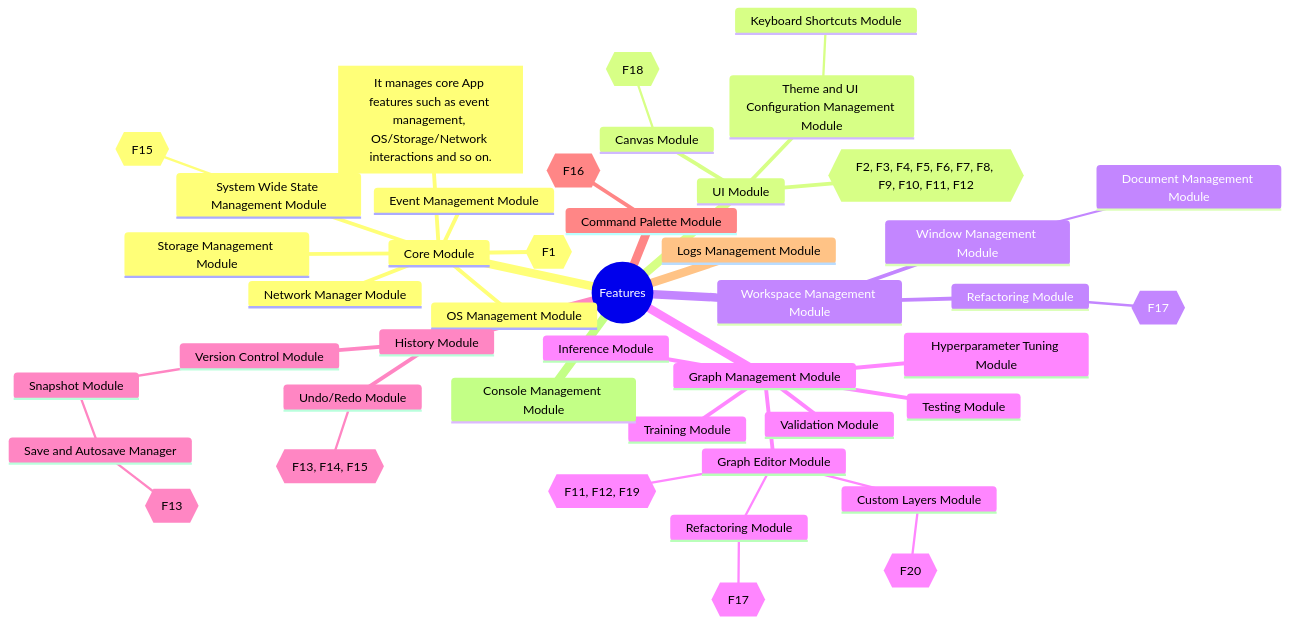
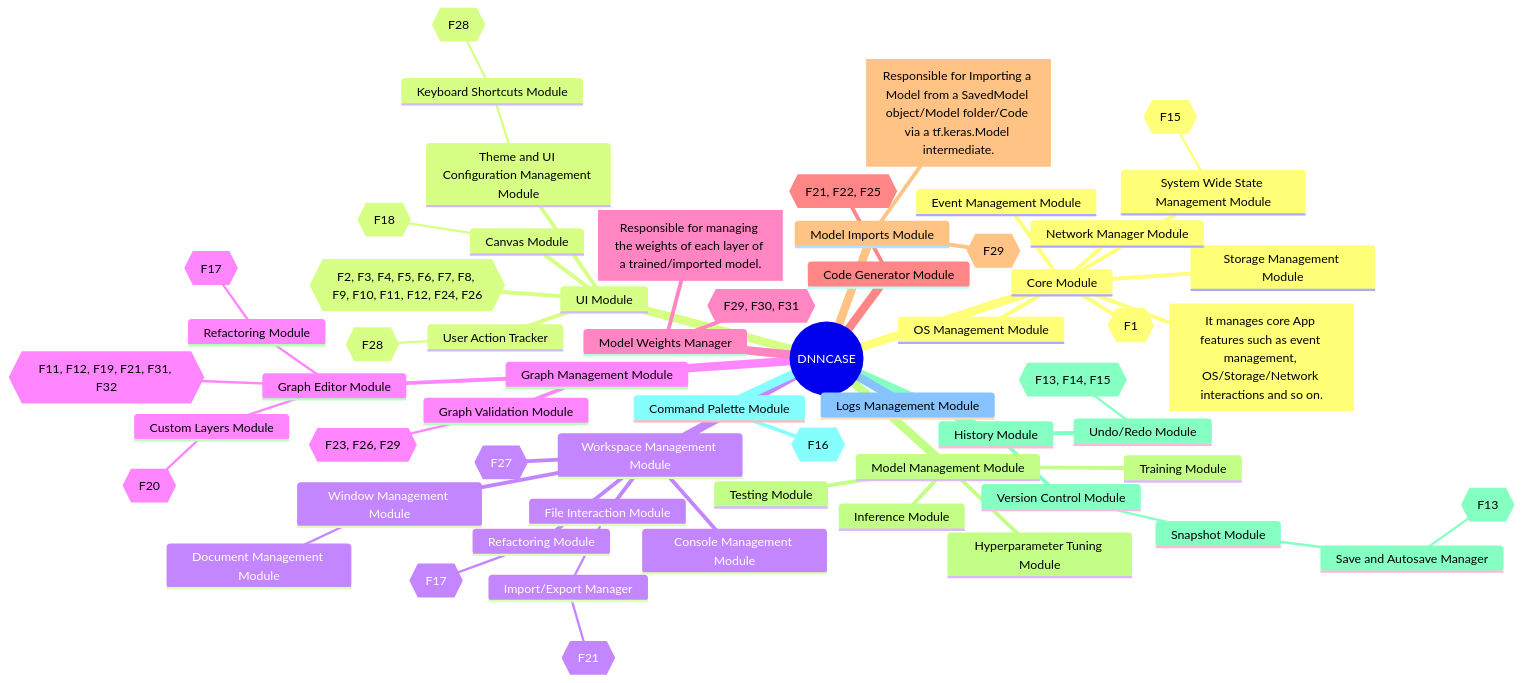
The first of 2 diagrams in Design Diagrams/Top Level Modules.md (rohan843/dnncase), drawn with Mermaid before and after one commit. The commit also changed other lines of this file, not shown here.

````diff
--- a/Design Diagrams/Top Level Modules.md
+++ b/Design Diagrams/Top Level Modules.md
@@ -69,47 +69,64 @@
 ```mermaid
 mindmap
-  root((Features))
+  root((DNNCASE))
     Core Module
         id[It manages core App features such as event management, OS/Storage/Network interactions and so on.]
         System Wide State Management Module
             id{{F15}}
         Event Management Module
         Storage Management Module
         OS Management Module
         Network Manager Module
         id{{F1}}
     UI Module
-        id{{F2, F3, F4, F5, F6, F7, F8, F9, F10, F11, F12}}
+        id{{F2, F3, F4, F5, F6, F7, F8, F9, F10, F11, F12, F24, F26}}
         Canvas Module
             id{{F18}}
         Theme and UI Configuration Management Module
             Keyboard Shortcuts Module
+                id{{F28}}
+        User Action Tracker
+            id{{F28}}
     Workspace Management Module
+        id{{F27}}
+        Console Management Module
         Refactoring Module
             id{{F17}}
         Window Management Module
             Document Management Module
+        File Interaction Module
+            Import/Export Manager
+                id{{F21}}
     Graph Management Module
         Graph Editor Module
-            id{{F11, F12, F19}}
+            id{{F11, F12, F19, F21, F31, F32}}
             Custom Layers Module
                 id{{F20}}
             Refactoring Module
                 id{{F17}}
-        Validation Module
+        Graph Validation Module
+            id{{F23, F26, F29}}
+    Model Weights Manager
+        id[Responsible for managing the weights of each layer of a trained/imported model.]
+        id{{F29, F30, F31}}
+    Code Generator Module
+        id{{F21, F22, F25}}
+    Model Imports Module
+        id[Responsible for Importing a Model from a SavedModel object/Model folder/Code via a tf.keras.Model intermediate.]
+        id{{F29}}
+    Model Management Module
         Training Module
         Hyperparameter Tuning Module
         Testing Module
         Inference Module
     History Module
         Version Control Module
             Snapshot Module
                 Save and Autosave Manager
                     id{{F13}}
         Undo/Redo Module
             id{{F13, F14, F15}}
     Command Palette Module   
         id{{F16}}
     Logs Management Module
-    Console Management Module
 ```
````
